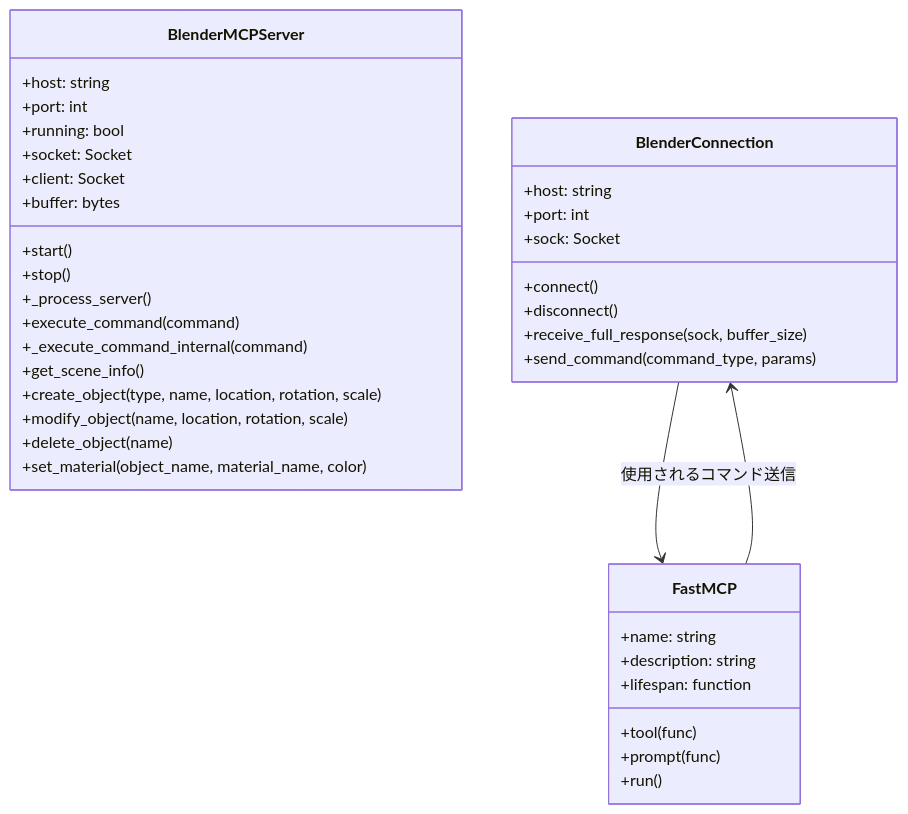
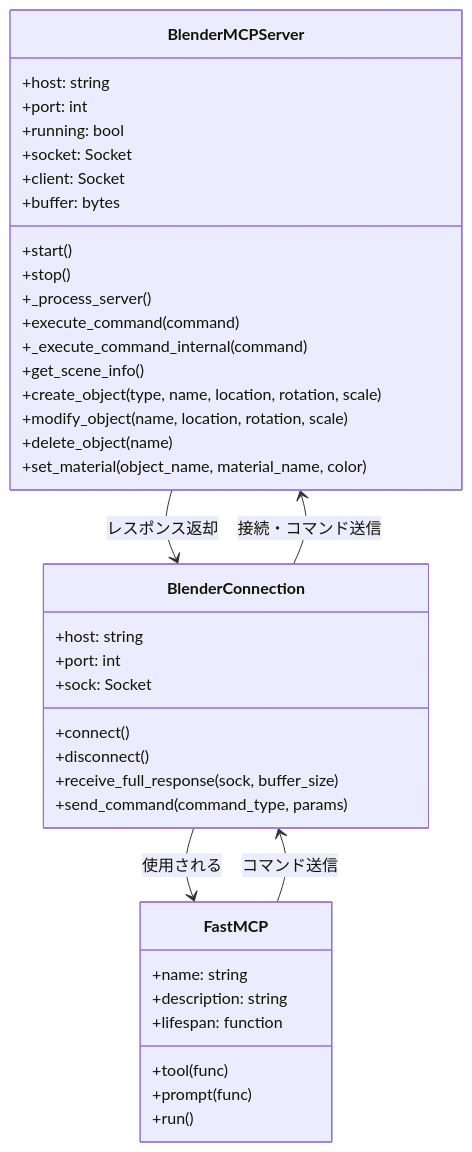
Before and after one commit to YUiCHI-Ai/blender-mcp_Analysis: the second of 3 diagrams in blender-mcp-analysis-with-uml.md, drawn with Mermaid. The commit also changed other lines of this file, not shown here.

````diff
--- a/blender-mcp-analysis-with-uml.md
+++ b/blender-mcp-analysis-with-uml.md
@@ -57,48 +68,45 @@
 ```mermaid
 classDiagram
     class BlenderMCPServer {
         +host: string
         +port: int
         +running: bool
         +socket: Socket
         +client: Socket
         +buffer: bytes
         +start()
         +stop()
         +_process_server()
         +execute_command(command)
         +_execute_command_internal(command)
         +get_scene_info()
         +create_object(type, name, location, rotation, scale)
         +modify_object(name, location, rotation, scale)
         +delete_object(name)
         +set_material(object_name, material_name, color)
     }
     
     class BlenderConnection {
         +host: string
         +port: int
         +sock: Socket
         +connect()
         +disconnect()
         +receive_full_response(sock, buffer_size)
         +send_command(command_type, params)
     }
     
     class FastMCP {
         +name: string
         +description: string
         +lifespan: function
         +tool(func)
         +prompt(func)
         +run()
     }
     
     BlenderConnection --> FastMCP : 使用される
     FastMCP --> BlenderConnection : コマンド送信
-    
-    %% スタイル設定（注釈として残す）
-    %% BlenderMCPServer: Blenderアドオン側のクラス
-    %% BlenderConnection: 接続管理クラス
-    %% FastMCP: MCPサーバークラス
+    BlenderConnection --> BlenderMCPServer : 接続・コマンド送信
+    BlenderMCPServer --> BlenderConnection : レスポンス返却
 ```
````
